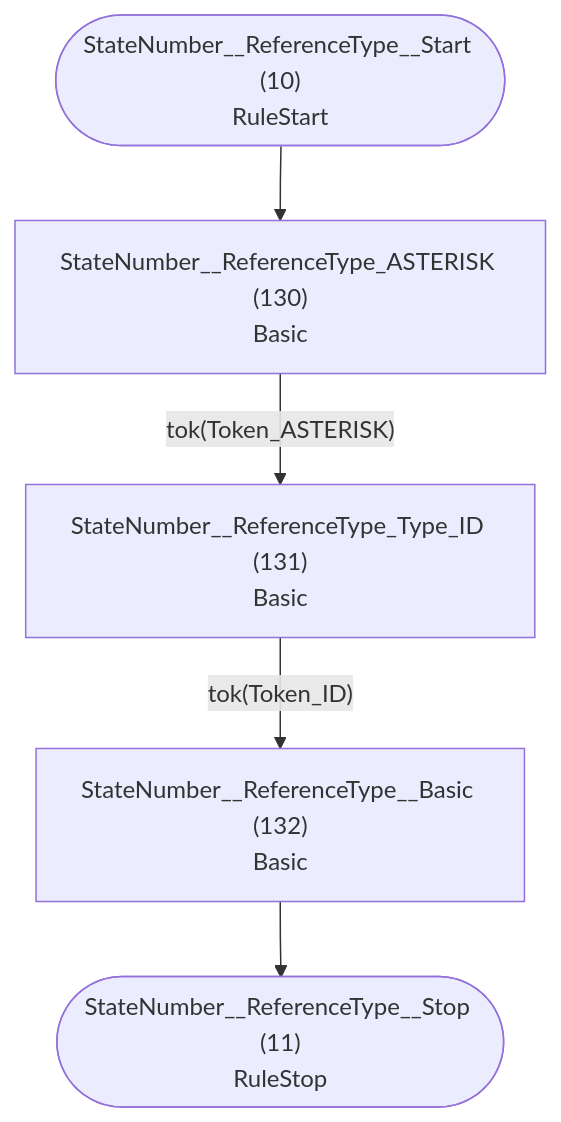
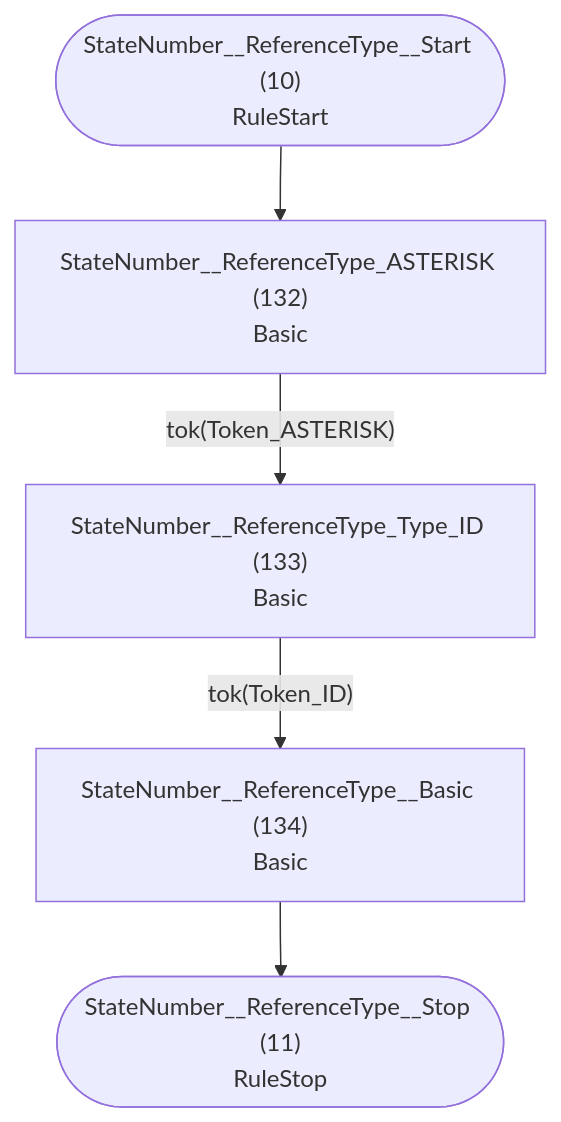
One commit to TypeFox/fastbelt changed the sixth of 37 diagrams in internal/grammar/atn.md. Above: the diagram before and after it, drawn with Mermaid. The commit also changed other lines of this file and 10 other files, not shown here.

Commit message:
Add group type and command to token groups

````diff
--- a/internal/grammar/atn.md
+++ b/internal/grammar/atn.md
@@ -184,13 +184,13 @@
 ```mermaid
 flowchart TD
     q10(["StateNumber__ReferenceType__Start (10)<br/>RuleStart"])
     q11(["StateNumber__ReferenceType__Stop (11)<br/>RuleStop"])
-    q130["StateNumber__ReferenceType_ASTERISK (130)<br/>Basic<br/>"]
-    q131["StateNumber__ReferenceType_Type_ID (131)<br/>Basic<br/>"]
-    q132["StateNumber__ReferenceType__Basic (132)<br/>Basic<br/>"]
+    q132["StateNumber__ReferenceType_ASTERISK (132)<br/>Basic<br/>"]
+    q133["StateNumber__ReferenceType_Type_ID (133)<br/>Basic<br/>"]
+    q134["StateNumber__ReferenceType__Basic (134)<br/>Basic<br/>"]
 
-    q10 --> q130
-    q130 -->|"tok(Token_ASTERISK)"| q131
-    q131 -->|"tok(Token_ID)"| q132
-    q132 --> q11
+    q10 --> q132
+    q132 -->|"tok(Token_ASTERISK)"| q133
+    q133 -->|"tok(Token_ID)"| q134
+    q134 --> q11
 ```
````
